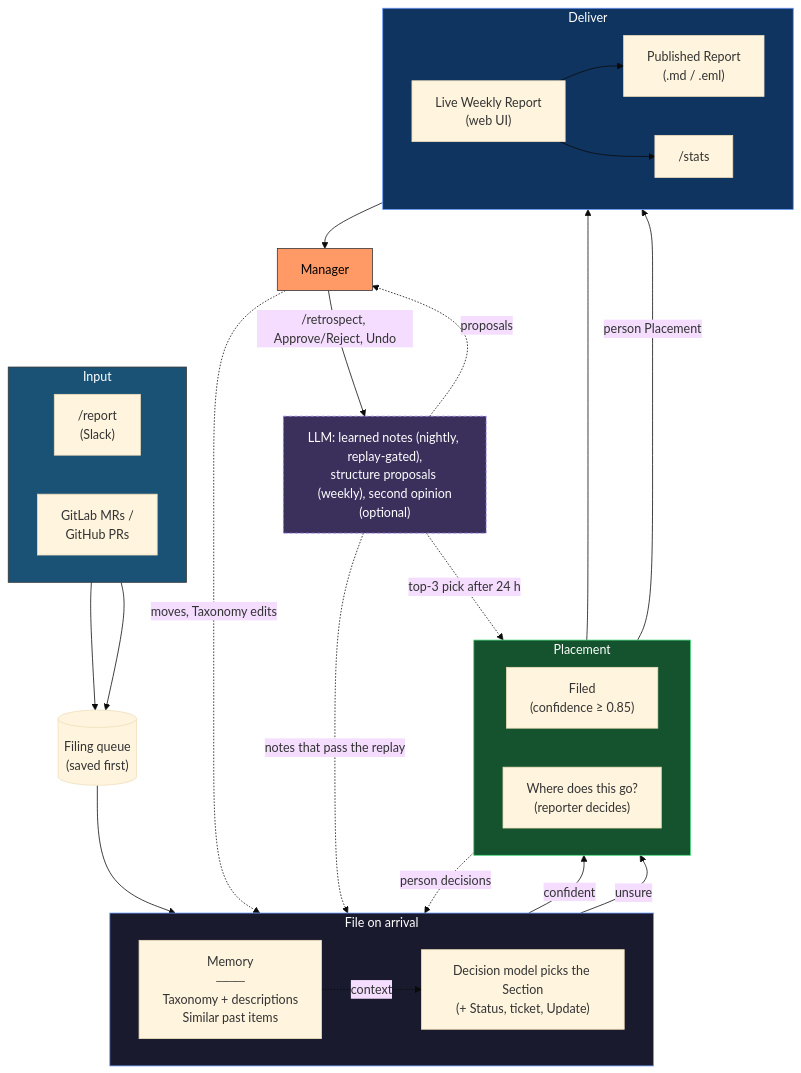
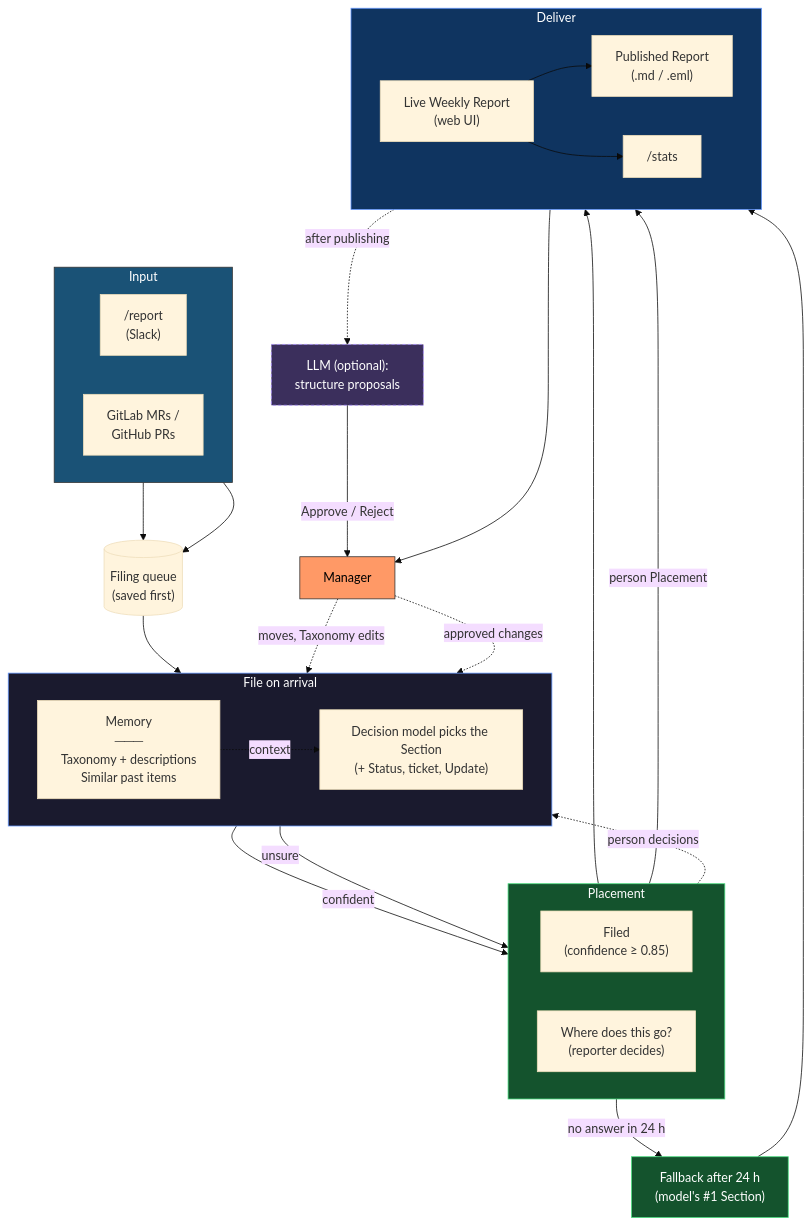
The diagram in docs/agentic-features-overview.md (WZ/reportbot), drawn with Mermaid (base theme) before and after one commit. The commit also changed other lines of this file and 8 other files, not shown here.

First line of the commit message:
docs: learned notes rejected (ADR 0003); fallback, proposals, edit history

````diff
--- a/docs/agentic-features-overview.md
+++ b/docs/agentic-features-overview.md
@@ -157,57 +150,60 @@
 ```mermaid
 flowchart TB
     subgraph Input["Input"]
         direction LR
         DEV["/report<br>(Slack)"]
         CC["GitLab MRs /<br>GitHub PRs"]
     end
 
     Q[("Filing queue<br>(saved first)")]
 
     subgraph File["File on arrival"]
         direction LR
         MEM["Memory<br>───<br>Taxonomy + descriptions<br>Similar past items"]
         DM["Decision model picks the Section<br>(+ Status, ticket, Update)"]
         MEM -.->|context| DM
     end
 
     subgraph Place["Placement"]
         direction LR
         AUTO["Filed<br>(confidence ≥ 0.85)"]
         ASK["Where does this go?<br>(reporter decides)"]
     end
 
     subgraph Deliver["Deliver"]
         direction LR
         LIVE["Live Weekly Report<br>(web UI)"]
         PUB["Published Report<br>(.md / .eml)"]
         STATS["/stats"]
     end
 
     MGR["Manager"]
-    LLM["LLM: learned notes (nightly, replay-gated),<br>structure proposals (weekly), second opinion<br>(optional)"]
+    FB["Fallback after 24 h<br>(model's #1 Section)"]
+    LLM["LLM (optional):<br>structure proposals"]
 
     DEV --> Q
     CC --> Q
     Q --> DM
     DM -->|"confident"| AUTO
     DM -->|"unsure"| ASK
     AUTO --> LIVE
     ASK -->|"person Placement"| LIVE
+    ASK -->|"no answer in 24 h"| FB
+    FB --> LIVE
     LIVE --> PUB
     LIVE --> STATS
     Deliver --> MGR
     ASK -.->|"person decisions"| MEM
     MGR -.->|"moves, Taxonomy edits"| MEM
-    MGR -->|"/retrospect, Approve/Reject, Undo"| LLM
-    LLM -.->|"notes that pass the replay"| MEM
-    LLM -.->|"top-3 pick after 24 h"| ASK
-    LLM -.->|"proposals"| MGR
+    PUB -.->|"after publishing"| LLM
+    LLM -->|"Approve / Reject"| MGR
+    MGR -.->|"approved changes"| MEM
 
     style Input fill:#1a5276,stroke:#333,color:#fff
     style File fill:#1a1a2e,stroke:#69f,color:#fff
     style Place fill:#14532d,stroke:#4ade80,color:#fff
     style Deliver fill:#0f3460,stroke:#69f,color:#fff
     style MGR fill:#f96,stroke:#333,color:#000
+    style FB fill:#14532d,stroke:#4ade80,color:#fff
     style LLM fill:#3b2f5c,stroke:#a78bfa,color:#fff,stroke-dasharray: 4 3
 ```
````
